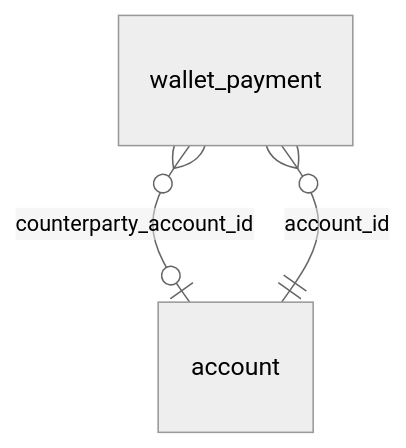
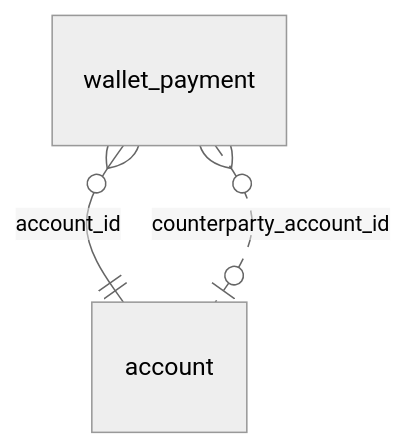
Before and after one commit to 21gifts/api: the diagram in docs/database/tables/wallet_payment.md, drawn with Mermaid (neutral theme). The commit also changed 24 other files, not shown here.

````diff
--- a/docs/database/tables/wallet_payment.md
+++ b/docs/database/tables/wallet_payment.md
@@ -43,5 +43,5 @@
 ```mermaid
 erDiagram
-    "wallet_payment" }o--o| "account" : "counterparty_account_id"
     "wallet_payment" }o--|| "account" : "account_id"
+    "wallet_payment" }o..o| "account" : "counterparty_account_id"
 ```
````
